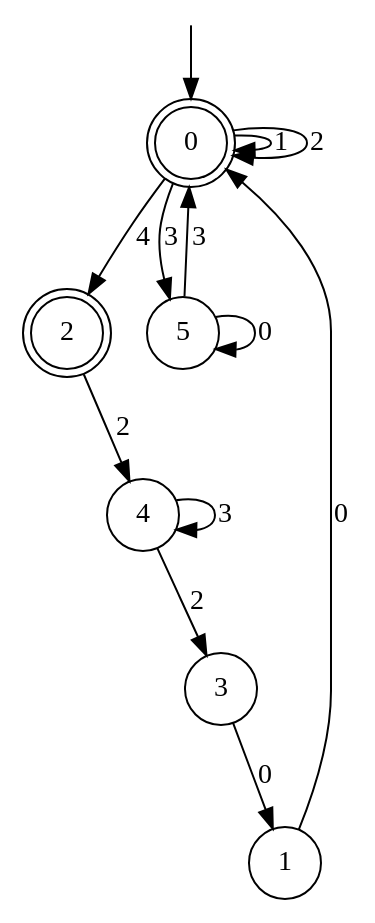
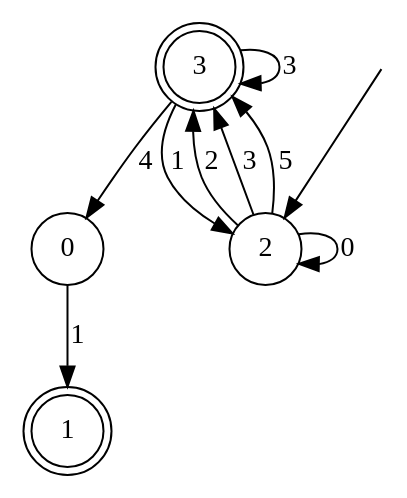
The diagram in automaton_to_regex/automaton.dot (xinqin23/ShapeIt), drawn with Graphviz before and after one commit. The commit also changed 10 other files, not shown here.

```diff
--- a/automaton_to_regex/automaton.dot
+++ b/automaton_to_regex/automaton.dot
@@ -1,24 +1,19 @@
 digraph g {
 
-	s0 [shape="doublecircle" label="0"];
-	s1 [shape="circle" label="1"];
-	s2 [shape="doublecircle" label="2"];
-	s3 [shape="circle" label="3"];
-	s4 [shape="circle" label="4"];
-	s5 [shape="circle" label="5"];
-	s0 -> s0 [label="1"];
-	s0 -> s0 [label="2"];
-	s0 -> s5 [label="3"];
-	s0 -> s2 [label="4"];
-	s1 -> s0 [label="0"];
-	s2 -> s4 [label="2"];
-	s3 -> s1 [label="0"];
-	s4 -> s3 [label="2"];
-	s4 -> s4 [label="3"];
-	s5 -> s5 [label="0"];
-	s5 -> s0 [label="3"];
+	s0 [shape="circle" label="0"];
+	s1 [shape="doublecircle" label="1"];
+	s2 [shape="circle" label="2"];
+	s3 [shape="doublecircle" label="3"];
+	s0 -> s1 [label="1"];
+	s2 -> s2 [label="0"];
+	s2 -> s3 [label="2"];
+	s2 -> s3 [label="3"];
+	s2 -> s3 [label="5"];
+	s3 -> s2 [label="1"];
+	s3 -> s3 [label="3"];
+	s3 -> s0 [label="4"];
 
 __start0 [label="" shape="none" width="0" height="0"];
-__start0 -> s0;
+__start0 -> s2;
 
 }
```
